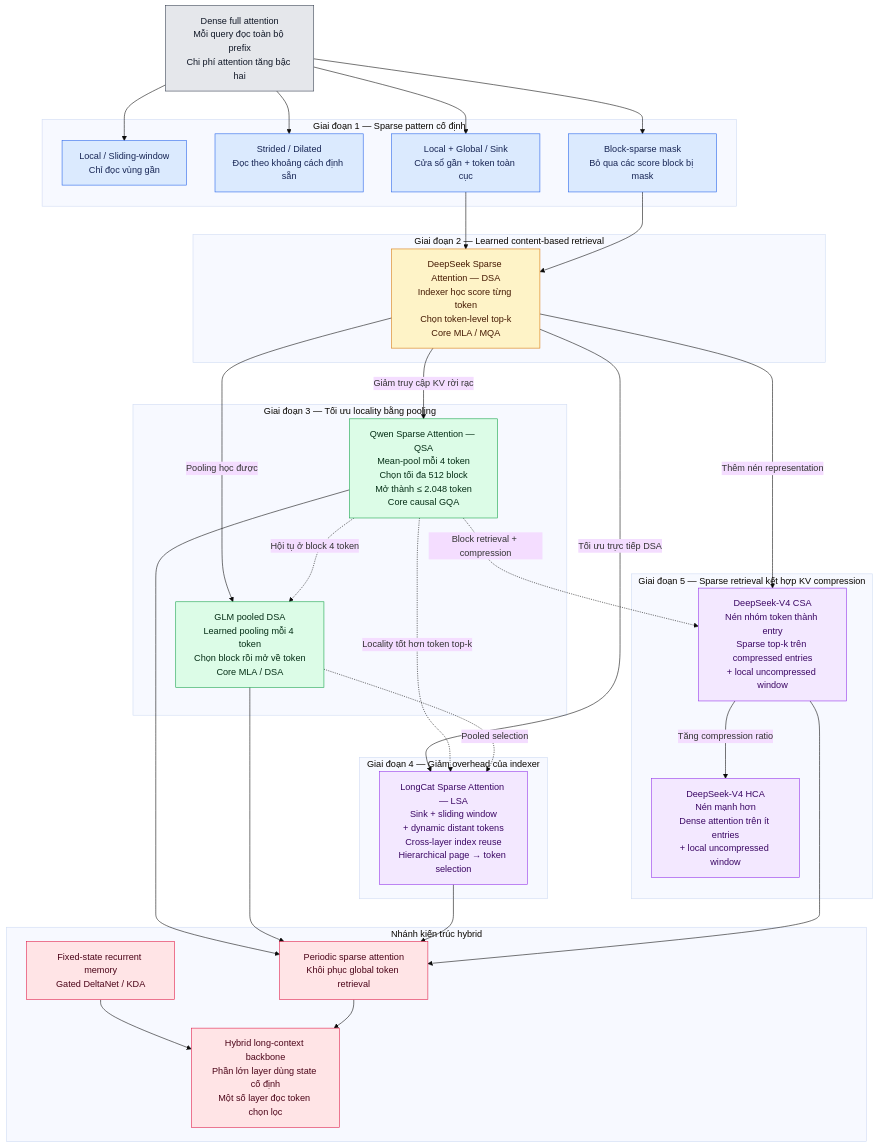
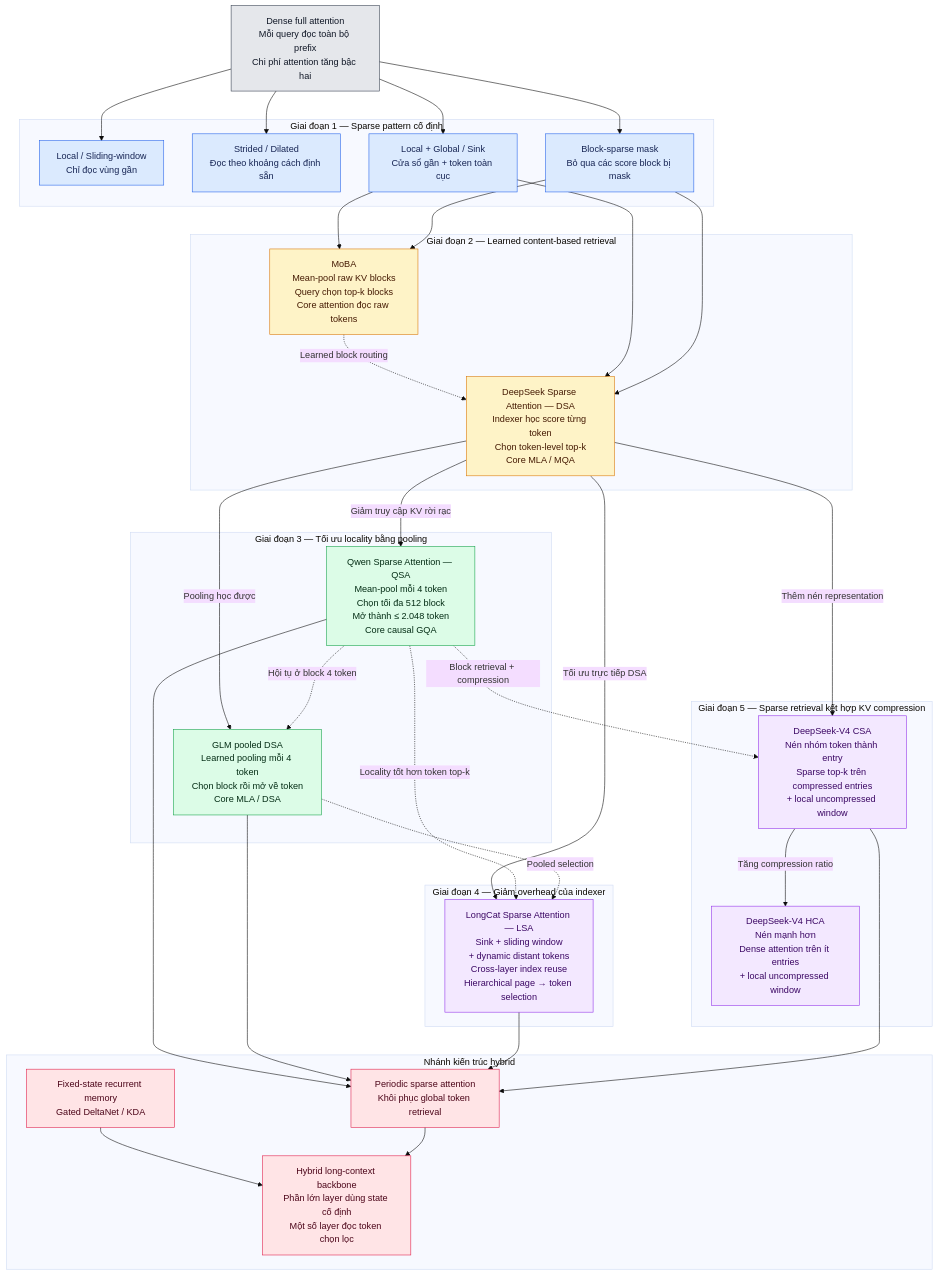
Before and after one commit to hiennguyen9874/llm-wiki: the diagram in wiki/sparse-attention-evolution-and-architecture-comparison.md, drawn with Mermaid (base theme). The commit also changed other lines of this file and 45 other files, not shown here.

````diff
--- a/wiki/sparse-attention-evolution-and-architecture-comparison.md
+++ b/wiki/sparse-attention-evolution-and-architecture-comparison.md
@@ -55,62 +58,66 @@
 ```mermaid
 flowchart TD
     A[Dense full attention<br/>Mỗi query đọc toàn bộ prefix<br/>Chi phí attention tăng bậc hai]
     subgraph S1[Giai đoạn 1 — Sparse pattern cố định]
         B1[Local / Sliding-window<br/>Chỉ đọc vùng gần]
         B2[Strided / Dilated<br/>Đọc theo khoảng cách định sẵn]
         B3[Local + Global / Sink<br/>Cửa sổ gần + token toàn cục]
         B4[Block-sparse mask<br/>Bỏ qua các score block bị mask]
     end
     subgraph S2[Giai đoạn 2 — Learned content-based retrieval]
+        M[MoBA<br/>Mean-pool raw KV blocks<br/>Query chọn top-k blocks<br/>Core attention đọc raw tokens]
         C[DeepSeek Sparse Attention — DSA<br/>Indexer học score từng token<br/>Chọn token-level top-k<br/>Core MLA / MQA]
     end
     subgraph S3[Giai đoạn 3 — Tối ưu locality bằng pooling]
         D1[Qwen Sparse Attention — QSA<br/>Mean-pool mỗi 4 token<br/>Chọn tối đa 512 block<br/>Mở thành ≤ 2.048 token<br/>Core causal GQA]
         D2[GLM pooled DSA<br/>Learned pooling mỗi 4 token<br/>Chọn block rồi mở về token<br/>Core MLA / DSA]
     end
     subgraph S4[Giai đoạn 4 — Giảm overhead của indexer]
         E[LongCat Sparse Attention — LSA<br/>Sink + sliding window<br/>+ dynamic distant tokens<br/>Cross-layer index reuse<br/>Hierarchical page → token selection]
     end
     subgraph S5[Giai đoạn 5 — Sparse retrieval kết hợp KV compression]
         F1[DeepSeek-V4 CSA<br/>Nén nhóm token thành entry<br/>Sparse top-k trên compressed entries<br/>+ local uncompressed window]
         F2[DeepSeek-V4 HCA<br/>Nén mạnh hơn<br/>Dense attention trên ít entries<br/>+ local uncompressed window]
     end
     subgraph H[Nhánh kiến trúc hybrid]
         G1[Fixed-state recurrent memory<br/>Gated DeltaNet / KDA]
         G2[Periodic sparse attention<br/>Khôi phục global token retrieval]
         G3[Hybrid long-context backbone<br/>Phần lớn layer dùng state cố định<br/>Một số layer đọc token chọn lọc]
     end
     A --> B1
     A --> B2
     A --> B3
     A --> B4
+    B3 --> M
+    B4 --> M
+    M -. Learned block routing .-> C
     B3 --> C
     B4 --> C
     C -->|Giảm truy cập KV rời rạc| D1
     C -->|Pooling học được| D2
     C -->|Tối ưu trực tiếp DSA| E
     D1 -. Hội tụ ở block 4 token .-> D2
     D1 -. Locality tốt hơn token top-k .-> E
     D2 -. Pooled selection .-> E
     C -->|Thêm nén representation| F1
     D1 -. Block retrieval + compression .-> F1
     F1 -->|Tăng compression ratio| F2
     G1 --> G3
     D1 --> G2
     D2 --> G2
     E --> G2
     F1 --> G2
     G2 --> G3
     classDef baseline fill:#e5e7eb,stroke:#374151,color:#111827;
     classDef fixed fill:#dbeafe,stroke:#2563eb,color:#172554;
     classDef learned fill:#fef3c7,stroke:#d97706,color:#451a03;
     classDef pooled fill:#dcfce7,stroke:#16a34a,color:#052e16;
     classDef advanced fill:#f3e8ff,stroke:#9333ea,color:#3b0764;
     classDef hybrid fill:#ffe4e6,stroke:#e11d48,color:#4c0519;
     class A baseline;
     class B1,B2,B3,B4 fixed;
-    class C learned;
+    class M,C learned;
     class D1,D2 pooled;
     class E,F1,F2 advanced;
     class G1,G2,G3 hybrid;
 ```
````
